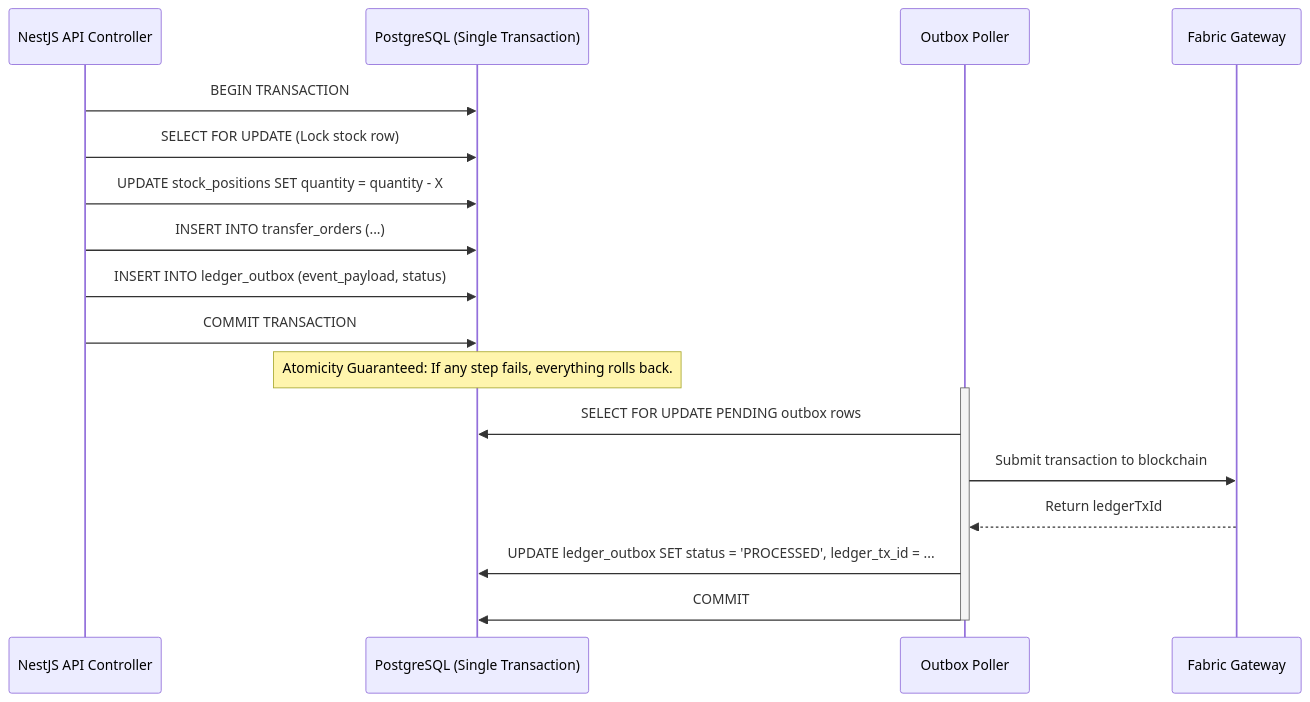
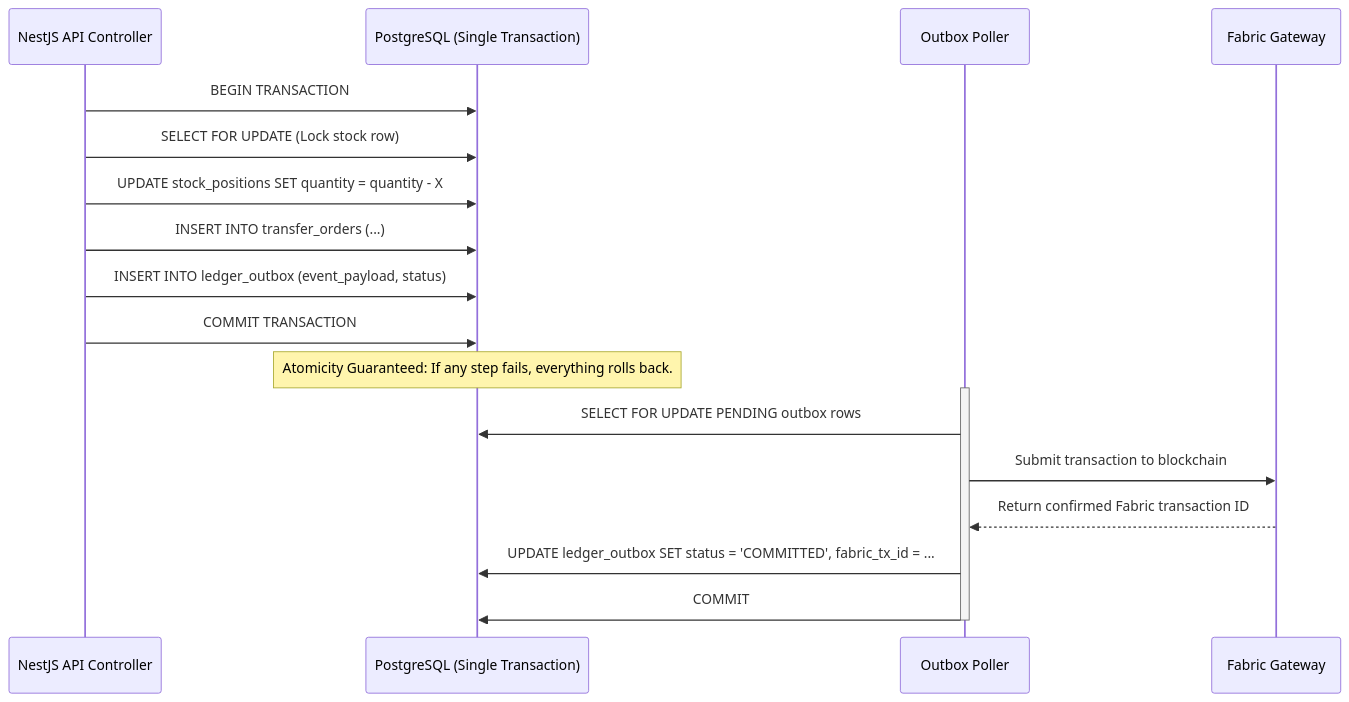
One commit to ramanacv/toomoki-cdac-pds changed the diagram in docs/technical/postgres_atomicity_and_concurrency_plan.md. Above: the diagram before and after it, drawn with Mermaid. The commit also changed other lines of this file and 161 other files, not shown here.

````diff
--- a/docs/technical/postgres_atomicity_and_concurrency_plan.md
+++ b/docs/technical/postgres_atomicity_and_concurrency_plan.md
@@ -33,23 +44,23 @@
 ```mermaid
 sequenceDiagram
     participant API as NestJS API Controller
     participant DB as PostgreSQL (Single Transaction)
     participant Worker as Outbox Poller
     participant Ledger as Fabric Gateway
 
     API->>DB: BEGIN TRANSACTION
     API->>DB: SELECT FOR UPDATE (Lock stock row)
     API->>DB: UPDATE stock_positions SET quantity = quantity - X
     API->>DB: INSERT INTO transfer_orders (...)
     API->>DB: INSERT INTO ledger_outbox (event_payload, status)
     API->>DB: COMMIT TRANSACTION
     Note over DB: Atomicity Guaranteed: If any step fails, everything rolls back.
 
     activate Worker
     Worker->>DB: SELECT FOR UPDATE PENDING outbox rows
     Worker->>Ledger: Submit transaction to blockchain
-    Ledger-->>Worker: Return ledgerTxId
-    Worker->>DB: UPDATE ledger_outbox SET status = 'PROCESSED', ledger_tx_id = ...
+    Ledger-->>Worker: Return confirmed Fabric transaction ID
+    Worker->>DB: UPDATE ledger_outbox SET status = 'COMMITTED', fabric_tx_id = ...
     Worker->>DB: COMMIT
     deactivate Worker
 ```
````
